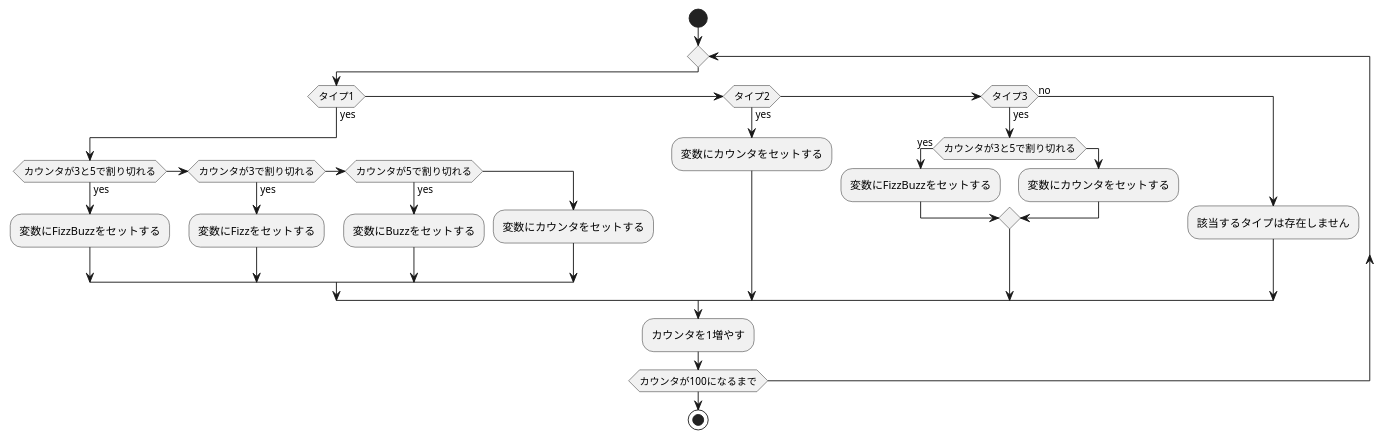
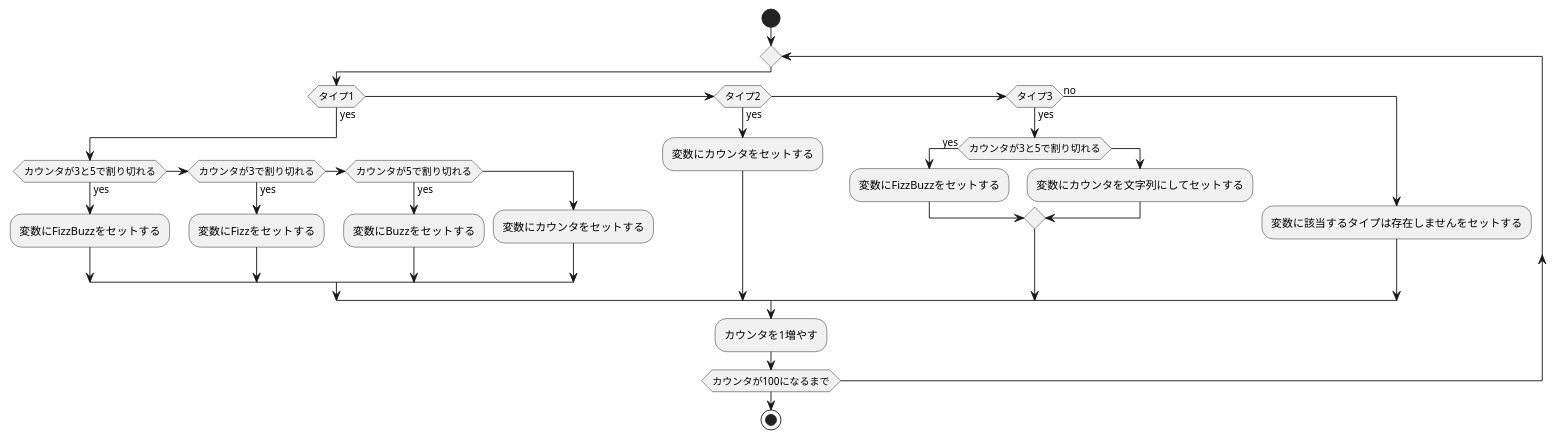
The first of 43 diagrams in docs/src/article/episode_3.adoc (hiroshima-arc/tdd_rb), drawn with PlantUML before and after one commit. The commit also changed other lines of this file and 11 other files, not shown here.

```diff
--- a/docs/src/article/episode_3.adoc
+++ b/docs/src/article/episode_3.adoc
@@ -998,33 +998,33 @@
 [plantuml]
 ----
 start
 
 repeat
 
   if (タイプ1) then (yes)
     if (カウンタが3と5で割り切れる) then (yes)
       :変数にFizzBuzzをセットする;
     else if (カウンタが3で割り切れる) then (yes)
       :変数にFizzをセットする;
     else if (カウンタが5で割り切れる) then (yes)
       :変数にBuzzをセットする;
     else
       :変数にカウンタをセットする;
     endif
   else if (タイプ2) then (yes)
     :変数にカウンタをセットする;
   else if (タイプ3) then (yes)
     if (カウンタが3と5で割り切れる) then (yes)
       :変数にFizzBuzzをセットする;
     else
-      :変数にカウンタをセットする;
+      :変数にカウンタを文字列にしてセットする;
     endif
   else (no)
-    :該当するタイプは存在しません;
+   :変数に該当するタイプは存在しませんをセットする;
   endif
 
   :カウンタを1増やす;
 repeat while (カウンタが100になるまで)
 
 stop
 ----
```
